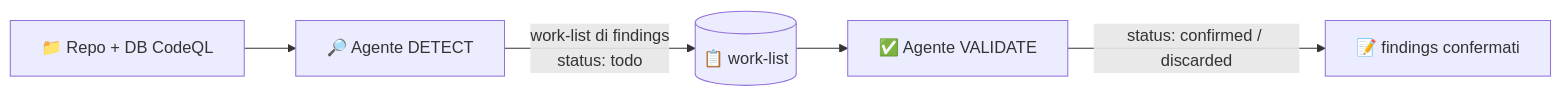
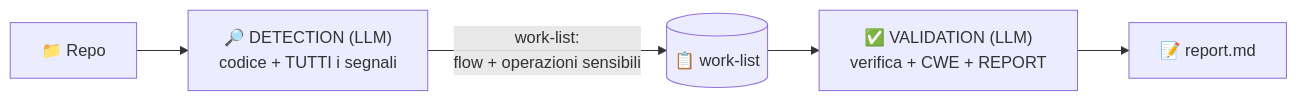
One commit to iris-cmd22/Sibyl changed the second of 11 diagrams in documentazione/agent.md. Above: the diagram before and after it, drawn with Mermaid. The commit also changed other lines of this file and 35 other files, not shown here.

````diff
--- a/documentazione/agent.md
+++ b/documentazione/agent.md
@@ -68,7 +67,7 @@
 ```mermaid
 flowchart LR
-    REPO["📁 Repo + DB CodeQL"] --> D["🔎 Agente DETECT"]
-    D -->|"work-list di findings<br/>status: todo"| WL[("📋 work-list")]
-    WL --> V["✅ Agente VALIDATE"]
-    V -->|"status: confirmed / discarded"| OUT["📝 findings confermati"]
+    REPO["📁 Repo"] --> D["🔎 DETECTION (LLM)<br/>codice + TUTTI i segnali"]
+    D -->|"work-list:<br/>flow + operazioni sensibili"| WL[("📋 work-list")]
+    WL --> V["✅ VALIDATION (LLM)<br/>verifica + CWE + REPORT"]
+    V --> OUT["📝 report.md"]
 ```
````
